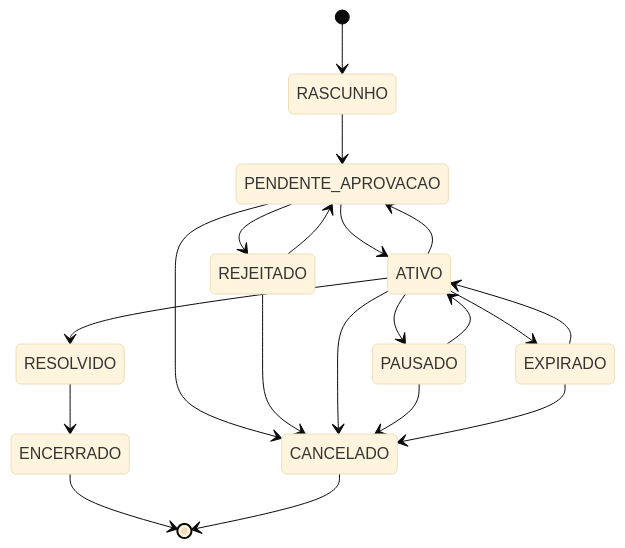
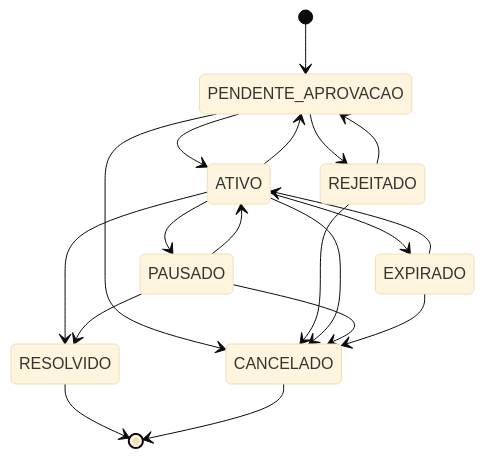
One commit to RuanParreira/maispatinhas-tcc changed the diagram in docs/Mais Patinhas/02-Modelagem/Fluxo Status de Anuncio.md. Above: the diagram before and after it, drawn with Mermaid (base theme). The commit also changed other lines of this file, not shown here.

````diff
--- a/docs/Mais Patinhas/02-Modelagem/Fluxo Status de Anuncio.md
+++ b/docs/Mais Patinhas/02-Modelagem/Fluxo Status de Anuncio.md
@@ -7,22 +7,21 @@
 ```mermaid
 stateDiagram-v2
-    [*] --> RASCUNHO
-    RASCUNHO --> PENDENTE_APROVACAO
+    [*] --> PENDENTE_APROVACAO
     PENDENTE_APROVACAO --> REJEITADO
     PENDENTE_APROVACAO --> ATIVO
     PENDENTE_APROVACAO --> CANCELADO
     REJEITADO --> PENDENTE_APROVACAO
     REJEITADO --> CANCELADO
     ATIVO --> PENDENTE_APROVACAO
     ATIVO --> PAUSADO
     PAUSADO --> ATIVO
     ATIVO --> EXPIRADO
     EXPIRADO --> ATIVO
     ATIVO --> RESOLVIDO
+    PAUSADO --> RESOLVIDO
     ATIVO --> CANCELADO
     PAUSADO --> CANCELADO
     EXPIRADO --> CANCELADO
-    RESOLVIDO --> ENCERRADO
-    ENCERRADO --> [*]
+    RESOLVIDO --> [*]
     CANCELADO --> [*]
 ```
````
